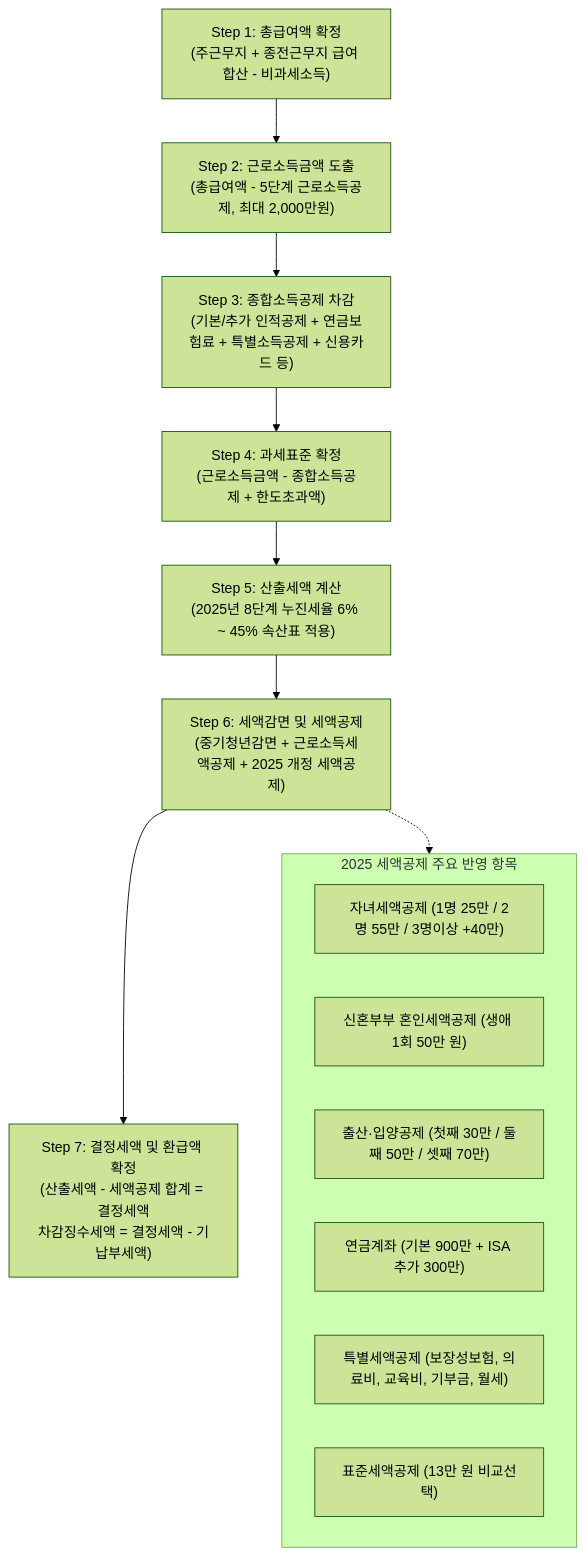
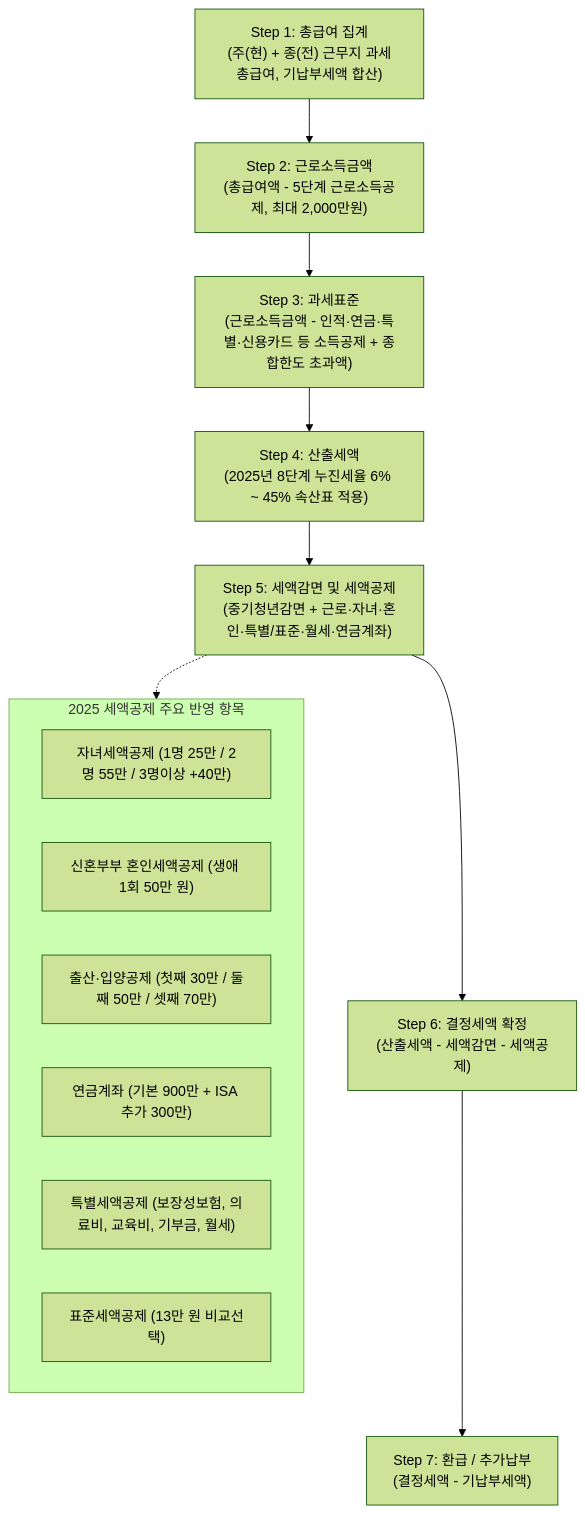
Before and after one commit to juhpark16-spe/yearend_tax: the fourth of 5 diagrams in docs/system_diagrams.md, drawn with Mermaid (forest theme). The commit also changed other lines of this file and 7 other files, not shown here.

First line of the commit message:
docs: align README and diagrams with the actual implementation

````diff
--- a/docs/system_diagrams.md
+++ b/docs/system_diagrams.md
@@ -161,23 +169,23 @@
 ```mermaid
 flowchart TD
-    Step1["Step 1: 총급여액 확정\n(주근무지 + 종전근무지 급여 합산 - 비과세소득)"]
-    Step2["Step 2: 근로소득금액 도출\n(총급여액 - 5단계 근로소득공제, 최대 2,000만원)"]
-    Step3["Step 3: 종합소득공제 차감\n(기본/추가 인적공제 + 연금보험료 + 특별소득공제 + 신용카드 등)"]
-    Step4["Step 4: 과세표준 확정\n(근로소득금액 - 종합소득공제 + 한도초과액)"]
-    Step5["Step 5: 산출세액 계산\n(2025년 8단계 누진세율 6% ~ 45% 속산표 적용)"]
-    Step6["Step 6: 세액감면 및 세액공제\n(중기청년감면 + 근로소득세액공제 + 2025 개정 세액공제)"]
-    Step7["Step 7: 결정세액 및 환급액 확정\n(산출세액 - 세액공제 합계 = 결정세액\n차감징수세액 = 결정세액 - 기납부세액)"]
+    Step1["Step 1: 총급여 집계\n(주(현) + 종(전) 근무지 과세총급여, 기납부세액 합산)"]
+    Step2["Step 2: 근로소득금액\n(총급여액 - 5단계 근로소득공제, 최대 2,000만원)"]
+    Step3["Step 3: 과세표준\n(근로소득금액 - 인적·연금·특별·신용카드 등 소득공제 + 종합한도 초과액)"]
+    Step4["Step 4: 산출세액\n(2025년 8단계 누진세율 6% ~ 45% 속산표 적용)"]
+    Step5["Step 5: 세액감면 및 세액공제\n(중기청년감면 + 근로·자녀·혼인·특별/표준·월세·연금계좌)"]
+    Step6["Step 6: 결정세액 확정\n(산출세액 - 세액감면 - 세액공제)"]
+    Step7["Step 7: 환급 / 추가납부\n(결정세액 - 기납부세액)"]
 
     Step1 --> Step2 --> Step3 --> Step4 --> Step5 --> Step6 --> Step7
 
     subgraph Step6_Details ["2025 세액공제 주요 반영 항목"]
         D1["자녀세액공제 (1명 25만 / 2명 55만 / 3명이상 +40만)"]
         D2["신혼부부 혼인세액공제 (생애 1회 50만 원)"]
         D3["출산·입양공제 (첫째 30만 / 둘째 50만 / 셋째 70만)"]
         D4["연금계좌 (기본 900만 + ISA 추가 300만)"]
         D5["특별세액공제 (보장성보험, 의료비, 교육비, 기부금, 월세)"]
         D6["표준세액공제 (13만 원 비교선택)"]
     end
 
-    Step6 -.-> Step6_Details
+    Step5 -.-> Step6_Details
 ```
````
